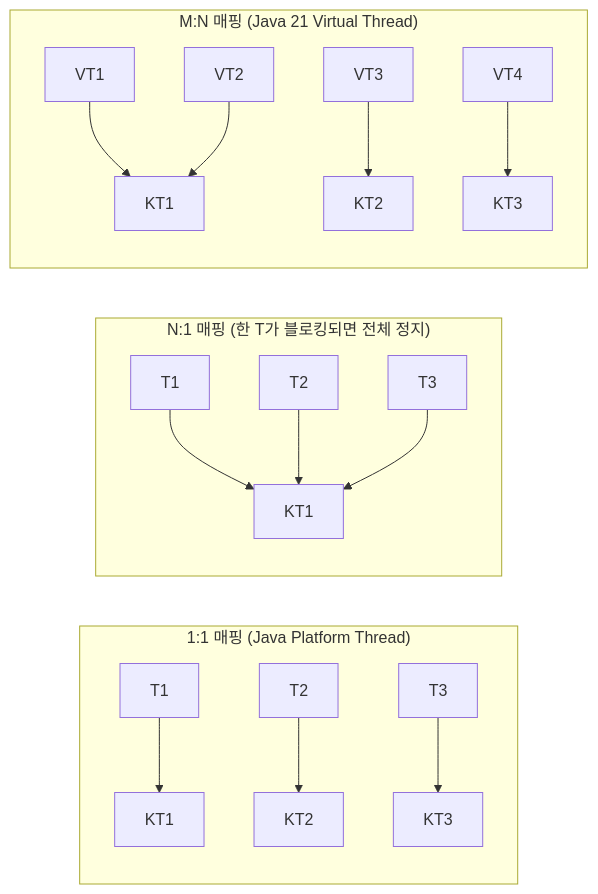
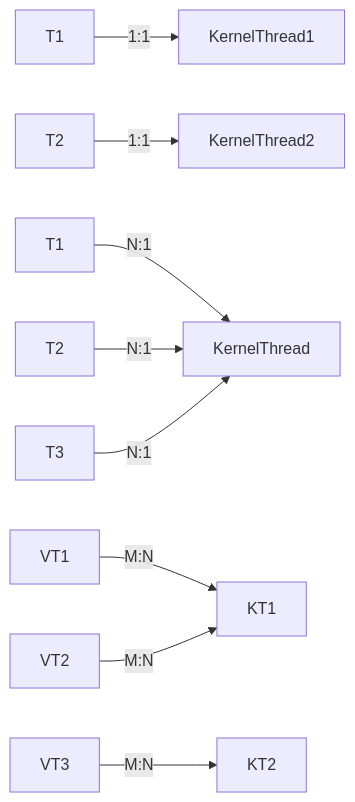
The second of 17 diagrams in _posts/java/2026-05-01-java-thread.md (yjkim2015/yjkim2015.github.io), drawn with Mermaid before and after one commit. The commit also changed other lines of this file and 215 other files, not shown here.

First line of the commit message:
신규 포스트 10개 추가 + Mermaid 전면 축소 + SystemDesign 시리즈 보강

````diff
--- a/_posts/java/2026-05-01-java-thread.md
+++ b/_posts/java/2026-05-01-java-thread.md
@@ -60,19 +49,11 @@
 ```mermaid
 graph LR
-  subgraph M1["1:1 매핑 (Java Platform Thread)"]
-    T1 --> KT1
-    T2 --> KT2
-    T3 --> KT3
-  end
-  subgraph M2["N:1 매핑 (한 T가 블로킹되면 전체 정지)"]
-    U1[T1] --> KU1[KT1]
-    U2[T2] --> KU1
-    U3[T3] --> KU1
-  end
-  subgraph M3["M:N 매핑 (Java 21 Virtual Thread)"]
-    VT1 --> KV1[KT1]
-    VT2 --> KV1
-    VT3 --> KV2[KT2]
-    VT4 --> KV3[KT3]
-  end
+    T1 -->|1:1| KT1[KernelThread1]
+    T2 -->|1:1| KT2[KernelThread2]
+    U1[T1] -->|N:1| KU1[KernelThread]
+    U2[T2] -->|N:1| KU1
+    U3[T3] -->|N:1| KU1
+    VT1 -->|M:N| KV1[KT1]
+    VT2 -->|M:N| KV1
+    VT3 -->|M:N| KV2[KT2]
 ```
````
